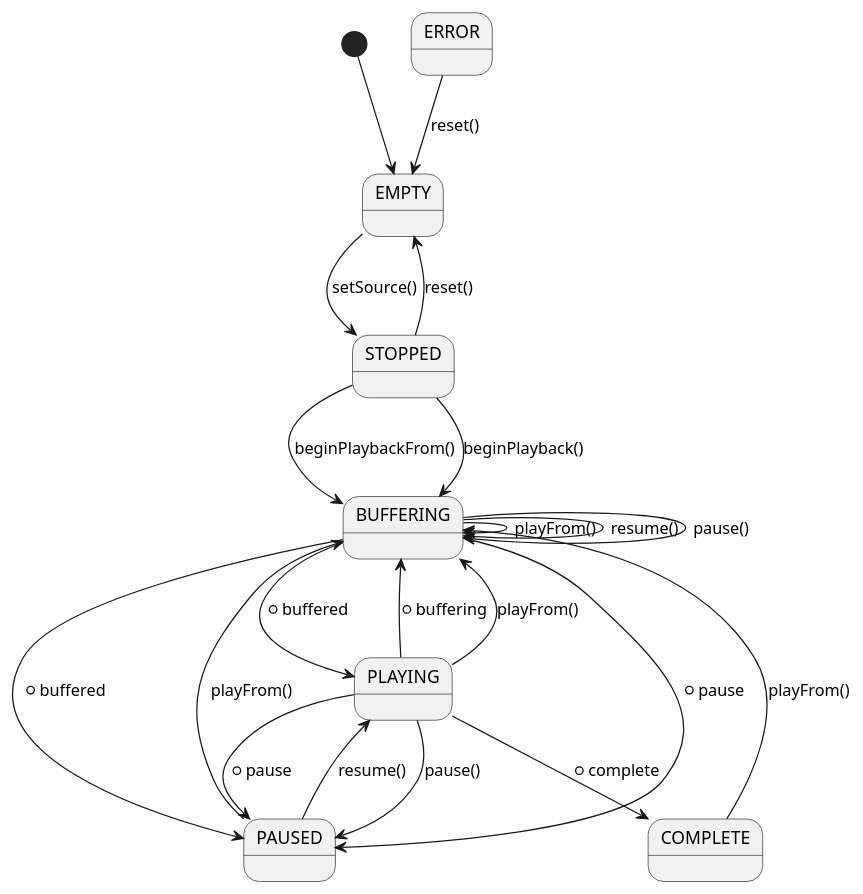
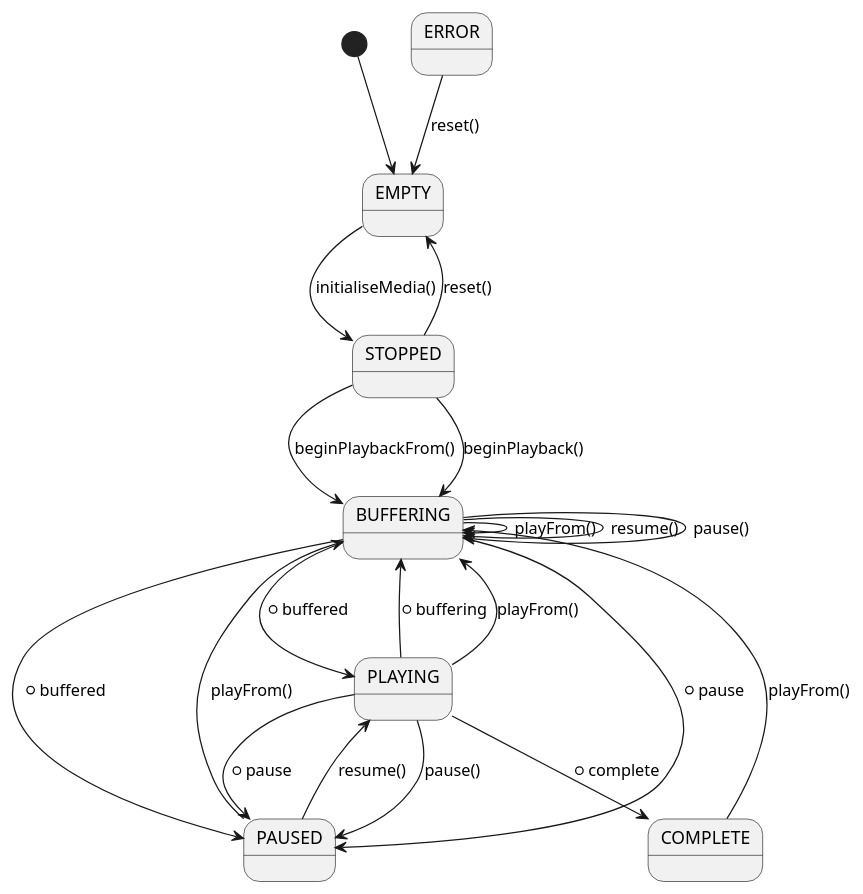
Before and after one commit to bbc/tal: the diagram in _uml/overview/new_media_api.puml, drawn with PlantUML. The commit also changed 1 other file, not shown here.

Commit message:
update new media states image and associated puml

```diff
--- a/_uml/overview/new_media_api.puml
+++ b/_uml/overview/new_media_api.puml
@@ -1,22 +1,22 @@
 @startuml
 [*] --> EMPTY
-EMPTY --> STOPPED : setSource()
+EMPTY --> STOPPED : initialiseMedia()
 STOPPED --> EMPTY : reset()
 STOPPED --> BUFFERING : beginPlaybackFrom()
 STOPPED --> BUFFERING : beginPlayback()
 BUFFERING --> BUFFERING : playFrom()
 BUFFERING --> BUFFERING :resume()
 BUFFERING --> BUFFERING : pause()
 BUFFERING --> PLAYING : *buffered
 BUFFERING --> PAUSED : *buffered
 BUFFERING --> PAUSED : *pause
 PLAYING --> PAUSED : pause()
 PLAYING -->PAUSED: *pause
 PLAYING --> BUFFERING : *buffering
 PLAYING --> BUFFERING : playFrom()
 PLAYING --> COMPLETE : *complete
 PAUSED --> PLAYING : resume()
 PAUSED --> BUFFERING : playFrom()
 COMPLETE --> BUFFERING : playFrom()
 ERROR --> EMPTY : reset()
 @enduml
```
